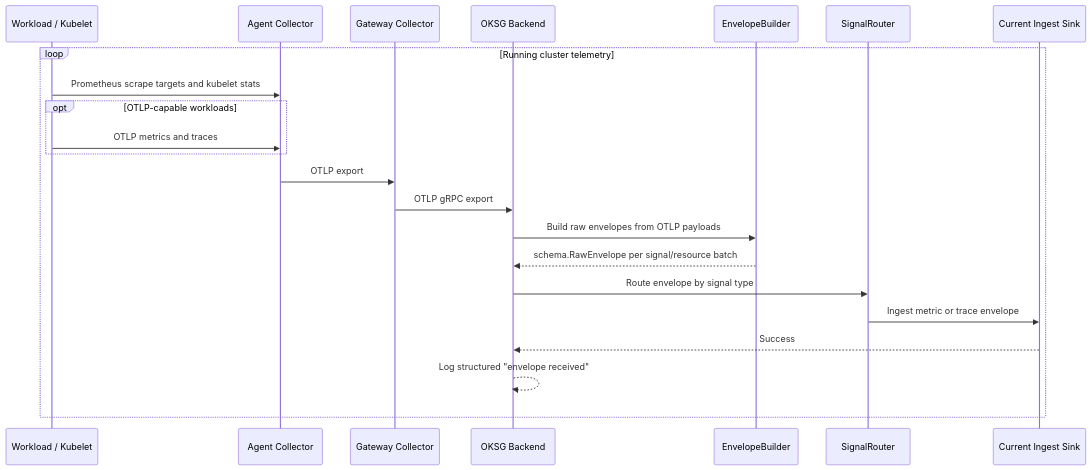
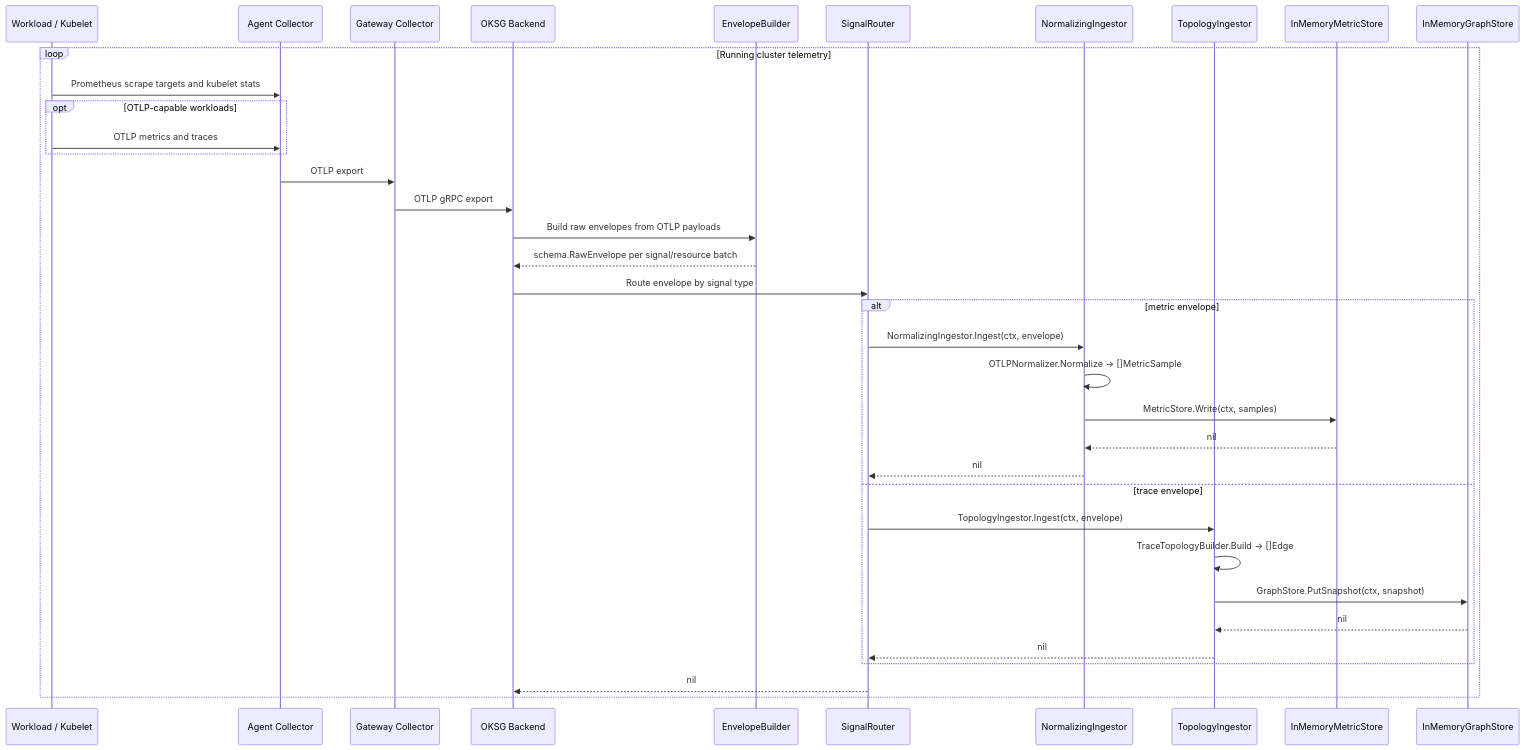
Before and after one commit to erickivel/karthos: the first of 2 diagrams in docs/runtime-flow.md, drawn with Mermaid. The commit also changed other lines of this file and 26 other files, not shown here.

````diff
--- a/docs/runtime-flow.md
+++ b/docs/runtime-flow.md
@@ -12,25 +12,39 @@
 ```mermaid
 sequenceDiagram
     participant Workload as Workload / Kubelet
     participant Agent as Agent Collector
     participant Gateway as Gateway Collector
     participant Backend as OKSG Backend
     participant Builder as EnvelopeBuilder
     participant Router as SignalRouter
-    participant Sink as Current Ingest Sink
+    participant NI as NormalizingIngestor
+    participant TI as TopologyIngestor
+    participant MS as InMemoryMetricStore
+    participant GS as InMemoryGraphStore
 
     loop Running cluster telemetry
         Workload->>Agent: Prometheus scrape targets and kubelet stats
         opt OTLP-capable workloads
             Workload->>Agent: OTLP metrics and traces
         end
         Agent->>Gateway: OTLP export
         Gateway->>Backend: OTLP gRPC export
         Backend->>Builder: Build raw envelopes from OTLP payloads
         Builder-->>Backend: schema.RawEnvelope per signal/resource batch
         Backend->>Router: Route envelope by signal type
-        Router->>Sink: Ingest metric or trace envelope
-        Sink-->>Backend: Success
-        Backend-->>Backend: Log structured "envelope received"
+        alt metric envelope
+            Router->>NI: NormalizingIngestor.Ingest(ctx, envelope)
+            NI->>NI: OTLPNormalizer.Normalize → []MetricSample
+            NI->>MS: MetricStore.Write(ctx, samples)
+            MS-->>NI: nil
+            NI-->>Router: nil
+        else trace envelope
+            Router->>TI: TopologyIngestor.Ingest(ctx, envelope)
+            TI->>TI: TraceTopologyBuilder.Build → []Edge
+            TI->>GS: GraphStore.PutSnapshot(ctx, snapshot)
+            GS-->>TI: nil
+            TI-->>Router: nil
+        end
+        Router-->>Backend: nil
     end
 ```
````
